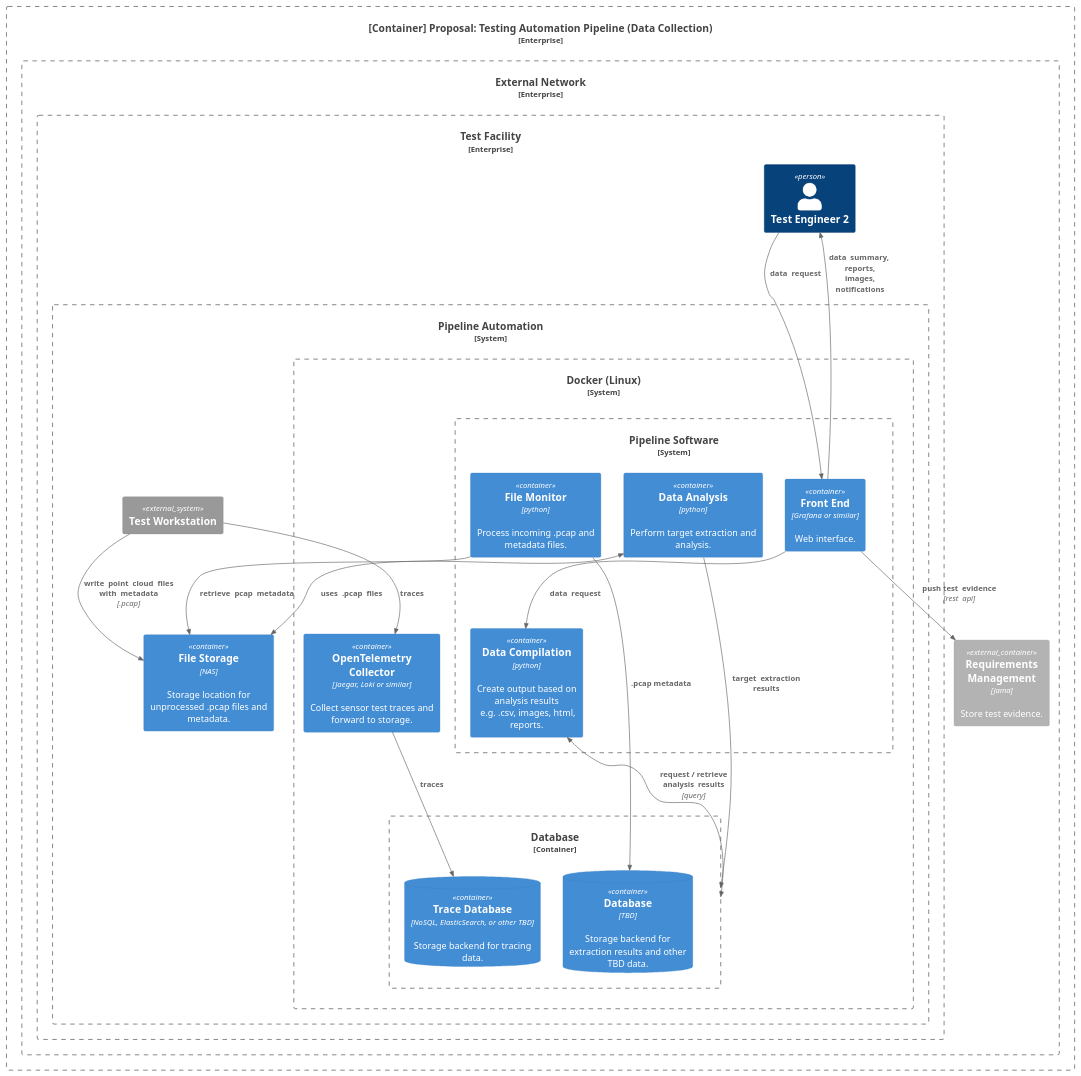
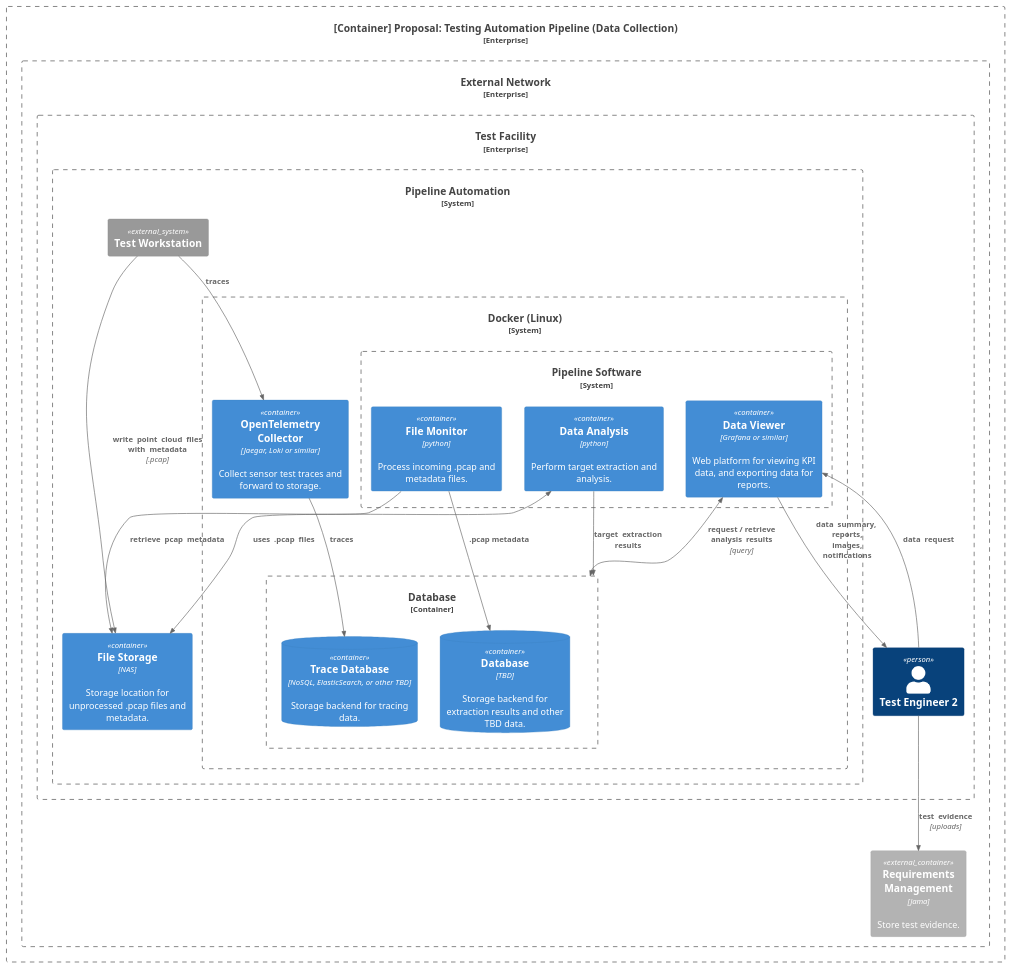
Before and after one commit to matthew-beisser/testing-automation-pipeline-3: the diagram in docs/architecture/views/container_diagram_proposal_data_processing.plantuml, drawn with PlantUML. The commit also changed 2 other files, not shown here.

Commit message:
Remove DataCompilation from context diagrams. Didn't make sense.

```diff
--- a/docs/architecture/views/container_diagram_proposal_data_processing.plantuml
+++ b/docs/architecture/views/container_diagram_proposal_data_processing.plantuml
@@ -1,55 +1,53 @@
 @startuml container_diagram_proposal_data_processing
 !include https://raw.githubusercontent.com/plantuml-stdlib/C4-PlantUML/master/C4_Context.puml
 !include https://raw.githubusercontent.com/plantuml-stdlib/C4-PlantUML/master/C4_Container.puml
 
 ' Elements
 Enterprise_Boundary(System, "[Container] Proposal: Testing Automation Pipeline (Data Collection)") {
     Enterprise_Boundary(CloudSystem, "External Network") {    
         Container_Ext(Jama, "Requirements Management", "Jama", "Store test evidence.")   
         
         Enterprise_Boundary(FacilitySystem, "Test Facility") {
             Person(Tester2, "Test Engineer 2")
 
             System_Boundary(TestPipelineSystem, "Pipeline Automation") {
 
                 System_Ext(TestWorkStation, "Test Workstation", "")
 
                 Container(FileStorage, "File Storage", "NAS", "Storage location for unprocessed .pcap files and metadata.")            
                 System_Boundary(Docker, "Docker (Linux)")  {
                     System_Boundary(PipelineSoftware, "Pipeline Software") {
                         Container(FileMonitor, "File Monitor", "python", "Process incoming .pcap and metadata files.")
                         Container(DataAnalysis, "Data Analysis", "python", "Perform target extraction and analysis.")
-                        Container(FrontEnd, "Front End", "Grafana or similar", "Web interface.")
-                        Container(DataCompilation, "Data Compilation", "python", "Create output based on analysis results\n e.g. .csv, images, html, reports.")
+                        'System_Boundary(FrontEnd1, "Front End") {
+                            Container(FrontEnd, "Data Viewer", "Grafana or similar", "Web platform for viewing KPI data, and exporting data for reports.")
+                        '    Container(SystemAdmin, "System Admin", "", "View current status of pipeline.")
+                        '}
                     }
                     Container(OpenTelemetry, "OpenTelemetry Collector", "Jaegar, Loki or similar", "Collect sensor test traces and forward to storage.")
                     Container_Boundary(DatabaseCollection, "Database") {
                         ContainerDb(Database, "Database", "TBD", "Storage backend for extraction results and other TBD data.")
                         ContainerDb(TraceDatabase, "Trace Database", "NoSQL, ElasticSearch, or other TBD", "Storage backend for tracing data.")
                     }                    
                 }
             }
         }
     }
 }
 
 ' Layout rules
-Lay_R(DataAnalysis, FileMonitor)
-Lay_U(DatabaseCollection, PipelineSoftware)
-Lay_U(FileStorage, PipelineSoftware)
 
 ' Relationships
 Rel(Tester2, FrontEnd, "data  request")
 Rel(FrontEnd, Tester2, "data  summary,\n reports,\n images,\n notifications")
-Rel(FrontEnd, DataCompilation, "data  request")
-BiRel(DataCompilation, DatabaseCollection, "request / retrieve  analysis  results", "query")
+BiRel(FrontEnd, DatabaseCollection, "request / retrieve  analysis  results", "query")
 Rel(TestWorkStation, OpenTelemetry, "traces")
 Rel(TestWorkStation, FileStorage, "write  point  cloud  files  with  metadata", ".pcap")
 Rel(FileMonitor, FileStorage, "retrieve  pcap  metadata")
 Rel(FileMonitor, Database, ".pcap metadata")
 BiRel(DataAnalysis, FileStorage, "uses  .pcap  files")
 Rel(DataAnalysis, DatabaseCollection, "target  extraction  results")
 Rel(OpenTelemetry, TraceDatabase, "traces")
-Rel(FrontEnd, Jama, "push test  evidence", "rest  api")
+Rel(Tester2, Jama, "test  evidence", "uploads")
 
 @enduml
```
